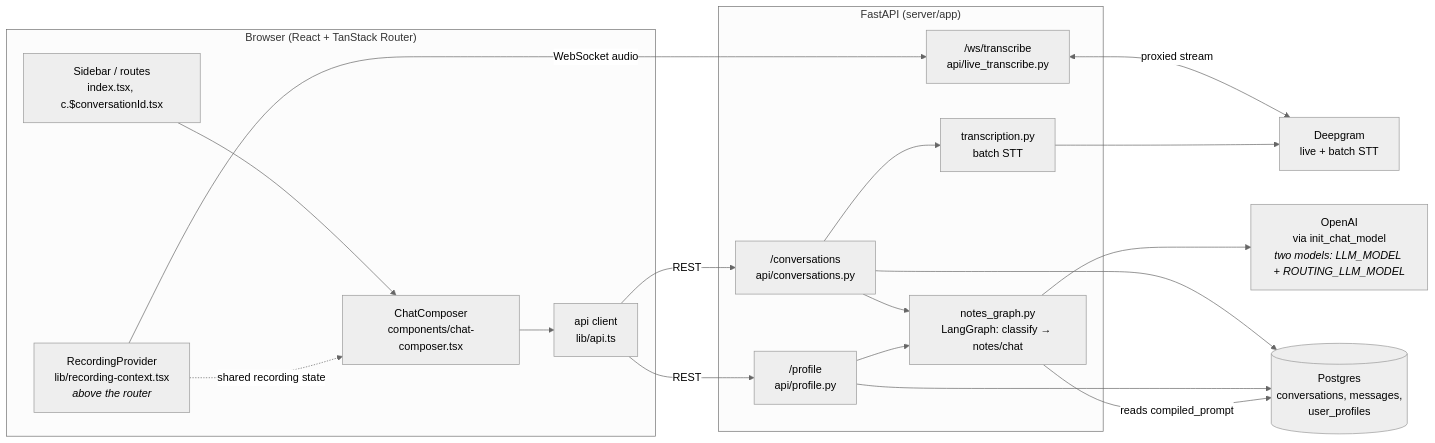
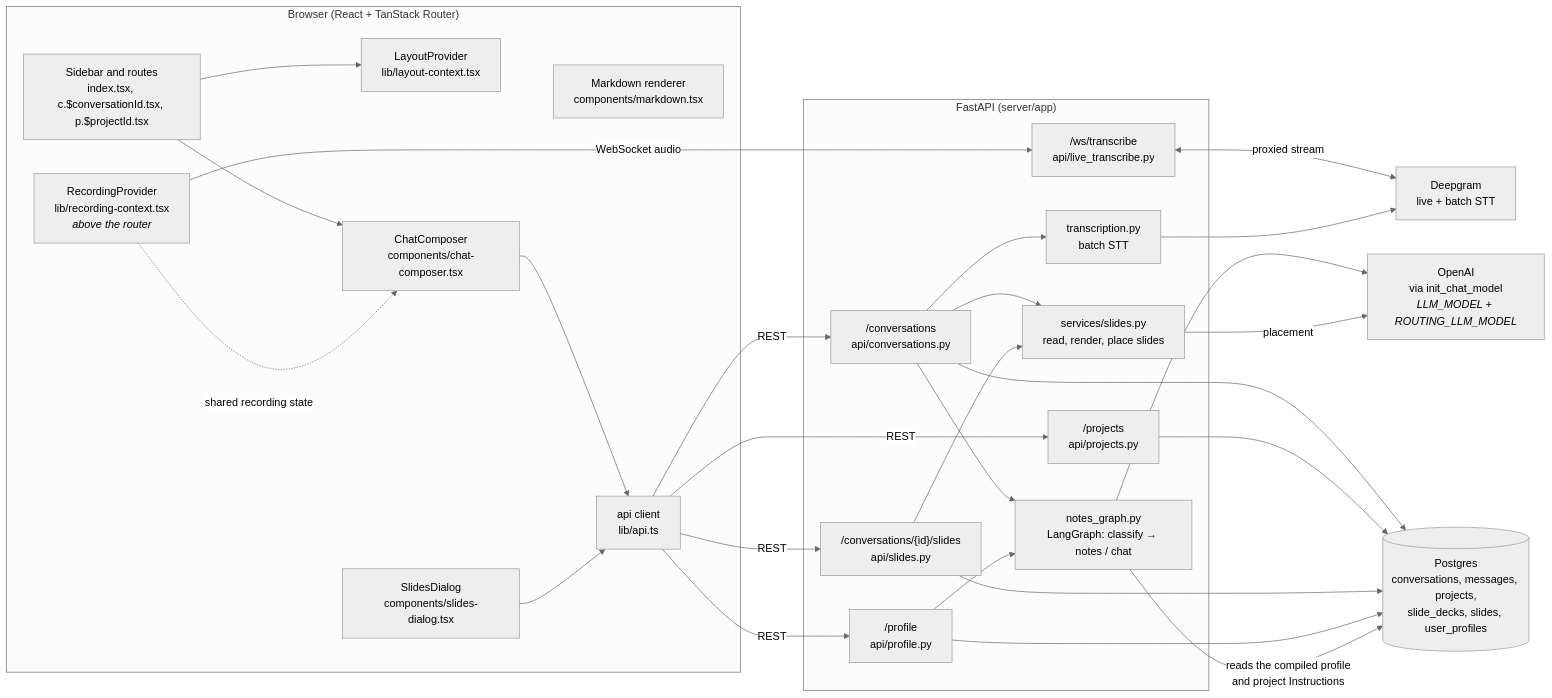
The first of 3 diagrams in FLOW.md (karlwehbe/Veda), drawn with Mermaid (neutral theme) before and after one commit. The commit also changed other lines of this file and 69 other files, not shown here.

````diff
--- a/FLOW.md
+++ b/FLOW.md
@@ -22,35 +18,50 @@
 ```mermaid
 flowchart LR
   subgraph Browser["Browser (React + TanStack Router)"]
-    UI["Sidebar / routes<br/>index.tsx, c.$conversationId.tsx"]
+    UI["Sidebar and routes<br/>index.tsx, c.$conversationId.tsx, p.$projectId.tsx"]
+    LC["LayoutProvider<br/>lib/layout-context.tsx"]
     RC["RecordingProvider<br/>lib/recording-context.tsx<br/><i>above the router</i>"]
     CC["ChatComposer<br/>components/chat-composer.tsx"]
+    SD["SlidesDialog<br/>components/slides-dialog.tsx"]
+    MD["Markdown renderer<br/>components/markdown.tsx"]
     API["api client<br/>lib/api.ts"]
   end
 
   subgraph Server["FastAPI (server/app)"]
     CONV["/conversations<br/>api/conversations.py"]
+    PRJ["/projects<br/>api/projects.py"]
+    SL["/conversations/{id}/slides<br/>api/slides.py"]
+    PR["/profile<br/>api/profile.py"]
     WS["/ws/transcribe<br/>api/live_transcribe.py"]
-    PR["/profile<br/>api/profile.py"]
-    GRAPH["notes_graph.py<br/>LangGraph: classify → notes/chat"]
+    GRAPH["notes_graph.py<br/>LangGraph: classify → notes / chat"]
+    SVC["services/slides.py<br/>read, render, place slides"]
     TR["transcription.py<br/>batch STT"]
   end
 
-  DB[("Postgres<br/>conversations, messages,<br/>user_profiles")]
+  DB[("Postgres<br/>conversations, messages, projects,<br/>slide_decks, slides, user_profiles")]
   DG["Deepgram<br/>live + batch STT"]
-  LLM["OpenAI<br/>via init_chat_model<br/><i>two models: LLM_MODEL + ROUTING_LLM_MODEL</i>"]
+  LLM["OpenAI<br/>via init_chat_model<br/><i>LLM_MODEL + ROUTING_LLM_MODEL</i>"]
 
   UI --> CC
+  UI --> LC
   RC -.->|shared recording state| CC
   CC --> API
+  SD --> API
   API -->|REST| CONV
+  API -->|REST| PRJ
+  API -->|REST| SL
   API -->|REST| PR
   RC -->|WebSocket audio| WS
   WS <-->|proxied stream| DG
   CONV --> TR --> DG
   CONV --> GRAPH --> LLM
+  CONV --> SVC
+  SL --> SVC
+  SVC -->|placement| LLM
   PR --> GRAPH
   CONV --> DB
+  PRJ --> DB
+  SL --> DB
   PR --> DB
-  GRAPH -->|"reads compiled_prompt"| DB
+  GRAPH -->|"reads the compiled profile<br/>and project Instructions"| DB
 ```
````
